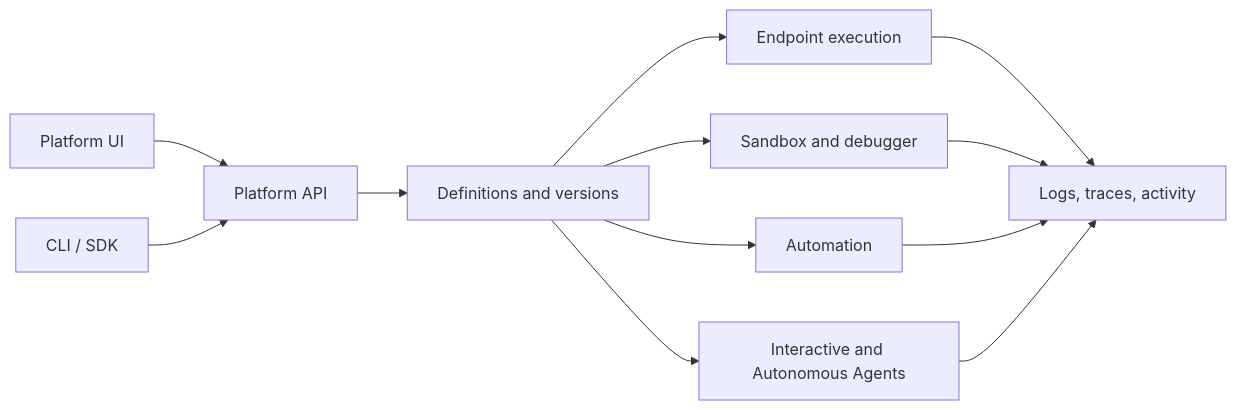
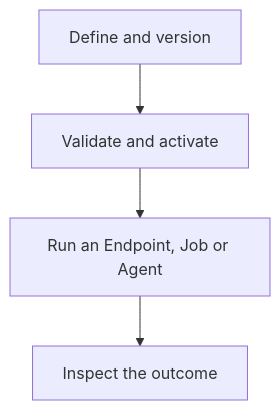
The diagram in introduction.mdx (RevoEngine/public-docs), drawn with Mermaid before and after one commit. The commit also changed other lines of this file and 79 other files, not shown here.

````diff
--- a/introduction.mdx
+++ b/introduction.mdx
@@ -37,14 +37,6 @@
 ```mermaid
-flowchart LR
-    UI["Platform UI"] --> CP["Platform API"]
-    CLI["CLI / SDK"] --> CP
-    CP --> D["Definitions and versions"]
-    D --> E["Endpoint execution"]
-    D --> S["Sandbox and debugger"]
-    D --> A["Automation"]
-    D --> AI["Interactive and Autonomous Agents"]
-    E --> O["Logs, traces, activity"]
-    S --> O
-    A --> O
-    AI --> O
+flowchart TD
+    A["Define and version"] --> B["Validate and activate"]
+    B --> C["Run an Endpoint, Job or Agent"]
+    C --> D["Inspect the outcome"]
 ```
````
